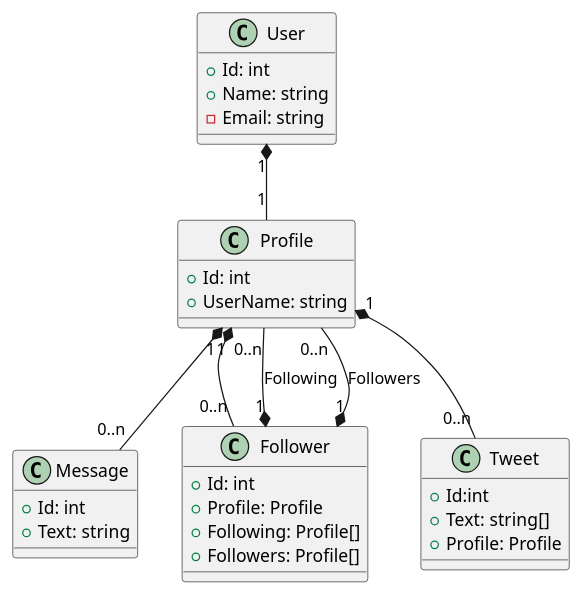
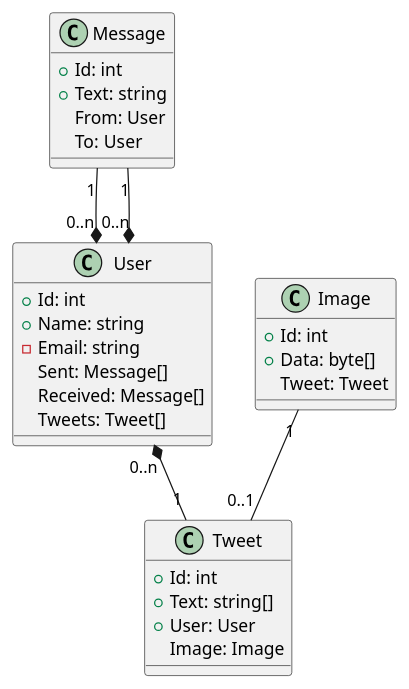
One commit to vrenken/EtAlii.Generators changed the diagram in Source/EtAlii.Generators.EntityFrameworkCore.Tests/EntityModels/SimpleEntityModelNoBaseEntity.puml. Above: the diagram before and after it, drawn with PlantUML. The commit also changed 8 other files, not shown here.

```diff
--- a/Source/EtAlii.Generators.EntityFrameworkCore.Tests/EntityModels/SimpleEntityModelNoBaseEntity.puml
+++ b/Source/EtAlii.Generators.EntityFrameworkCore.Tests/EntityModels/SimpleEntityModelNoBaseEntity.puml
@@ -1,55 +1,57 @@
 @startuml
 
 'efcore namespace EtAlii.Generators.EntityFrameworkCore.NoBaseEntity.Tests
 'efcore dbcontext SimpleEntityModelNoBaseEntityDbContextBase
 'efcore interface ISimpleEntityModelNoBaseEntityDbContext
 
-'efcore map 'Profile' 'User'
-User "1" *-- "1" Profile
-'efcore map 'Message' 'Profile'
-Profile "1" *-- "0..n" Message
-'efcore map 'Follower' 'Profile'
-Profile "1" *-- "0..n" Follower
-'efcore map 'Tweet' 'Profile'
-Profile "1" *-- "0..n" Tweet
+'efcore map 'From' 'Sent'
+Message "1" --* "0..n" User
 
-Follower "1" *-- "0..n" Profile : Following
-Follower "1" *-- "0..n" Profile : Followers
+'efcore map 'To' 'Received'
+Message "1" --* "0..n" User
+
+'efcore map 'Tweets' 'User'
+User "0..n" *-- "1" Tweet
+
+'efcore map 'Tweet' 'Image'
+Image "1" -- "0..1" Tweet
 
 'efcore map 'Users'
 class User
 {
     +Id: int
     +Name: string
     -Email: string
-}
-'efcore map 'Profiles'
-class Profile
-{
-    +Id: int
-    +UserName: string
+    Sent: Message[]
+    Received: Message[]
+    Tweets: Tweet[]
 }
 
 'efcore map 'Messages'
 class Message {
-+Id: int
-+Text: string
-}
-
-
-'efcore map 'Followers'
-class Follower{
-+Id: int
-+Profile: Profile
-+Following: Profile[]
-+Followers: Profile[]
+    +Id: int
+    +Text: string
+    From: User
+    To: User
 }
 
 'efcore map 'Tweets'
 class Tweet{
-+Id:int
++Id: int
 +Text: string[]
-+Profile: Profile
++User: User
+Image: Image
 }
 
+'efcore map 'Images'
+class Image{
++Id: int
++Data: byte[]
+Tweet: Tweet
+}
+
+'note left of User::Email
+'The email address of the user
+'end note
+
 @enduml
```
